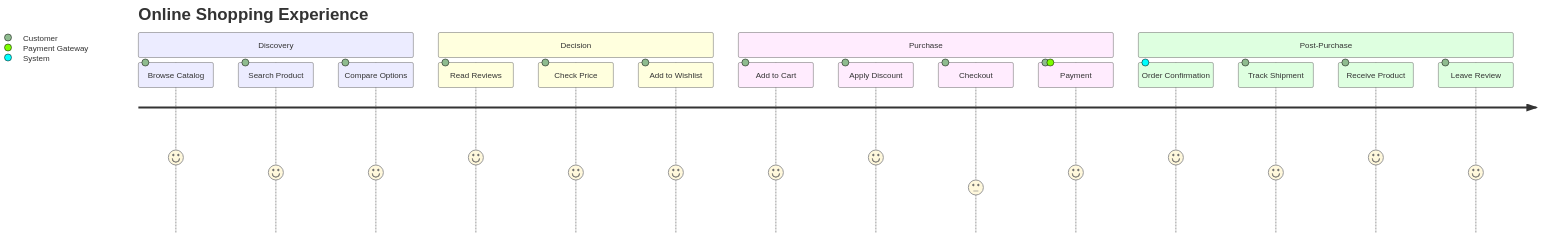
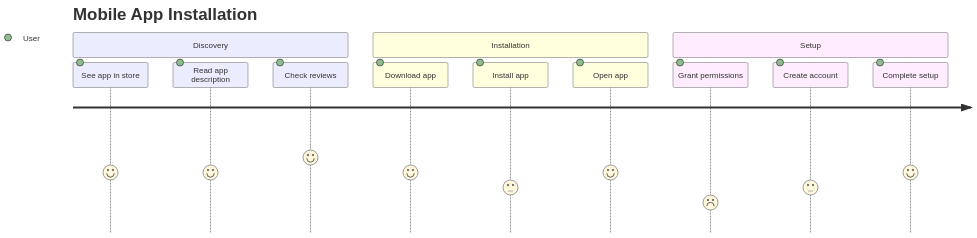
One commit to teachingai/full-stack-skills changed the fifth of 7 diagrams in skills/mermaid/examples/journey.md. Above: the diagram before and after it, drawn with Mermaid. The commit also changed other lines of this file and 21 other files, not shown here.

First line of the commit message:
docs(mermaid): 更新架构、块、C4和类图示例文档

````diff
--- a/skills/mermaid/examples/journey.md
+++ b/skills/mermaid/examples/journey.md
@@ -94,22 +102,16 @@
 ```mermaid
 journey
-    title Online Shopping Experience
+    title Mobile App Installation
     section Discovery
-      Browse Catalog: 5: Customer
-      Search Product: 4: Customer
-      Compare Options: 4: Customer
-    section Decision
-      Read Reviews: 5: Customer
-      Check Price: 4: Customer
-      Add to Wishlist: 4: Customer
-    section Purchase
-      Add to Cart: 4: Customer
-      Apply Discount: 5: Customer
-      Checkout: 3: Customer
-      Payment: 4: Customer, Payment Gateway
-    section Post-Purchase
-      Order Confirmation: 5: System
-      Track Shipment: 4: Customer
-      Receive Product: 5: Customer
-      Leave Review: 4: Customer
+      See app in store: 4: User
+      Read app description: 4: User
+      Check reviews: 5: User
+    section Installation
+      Download app: 4: User
+      Install app: 3: User
+      Open app: 4: User
+    section Setup
+      Grant permissions: 2: User
+      Create account: 3: User
+      Complete setup: 4: User
 ```
````
